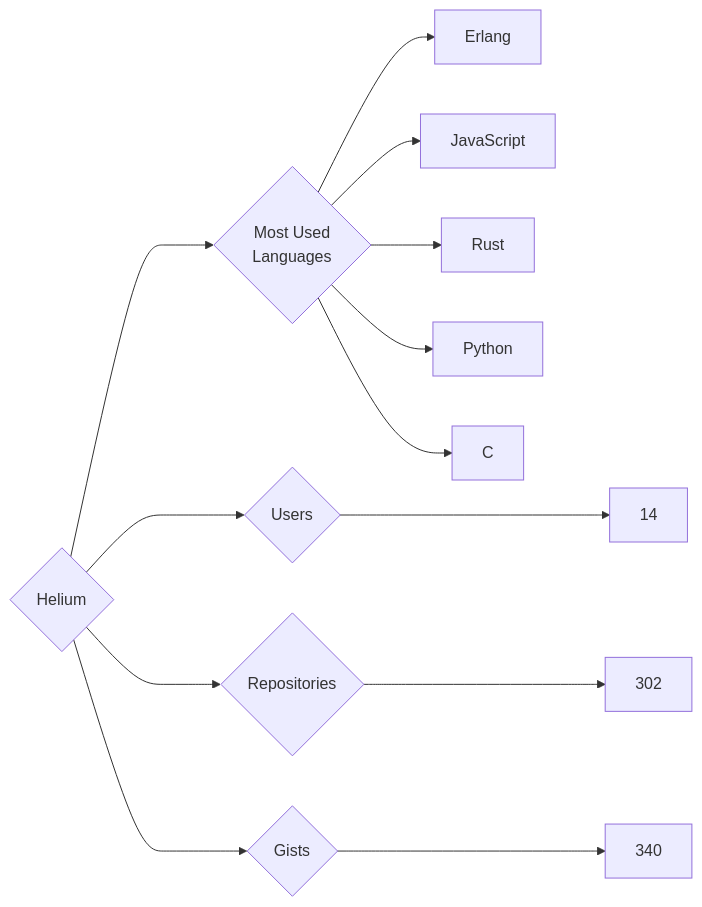
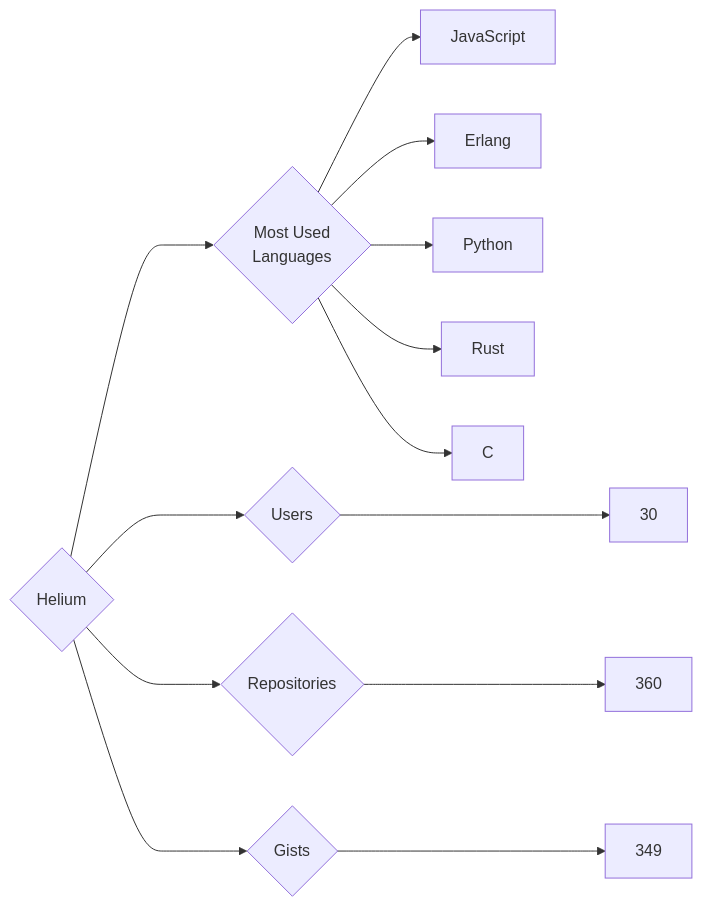
Before and after one commit to trickest/insiders: the diagram in targets/Helium/README.md, drawn with Mermaid. The commit also changed 814 other files, not shown here.

````diff
--- a/targets/Helium/README.md
+++ b/targets/Helium/README.md
@@ -3,13 +3,13 @@
 ```mermaid
 graph LR
 COMPANY_NAME{Helium}
-COMPANY_NAME ---> U{Users} ---> UN[14]
-COMPANY_NAME ---> R{Repositories} ---> RN[302]
-COMPANY_NAME ---> G{Gists} ---> GN[340]
+COMPANY_NAME ---> U{Users} ---> UN[30]
+COMPANY_NAME ---> R{Repositories} ---> RN[360]
+COMPANY_NAME ---> G{Gists} ---> GN[349]
 COMPANY_NAME ---> ML{Most Used<br>Languages}
+ML --> JavaScript[JavaScript]
 ML --> Erlang[Erlang]
-ML --> JavaScript[JavaScript]
+ML --> Python[Python]
 ML --> Rust[Rust]
-ML --> Python[Python]
 ML --> C[C]
 ```
````
